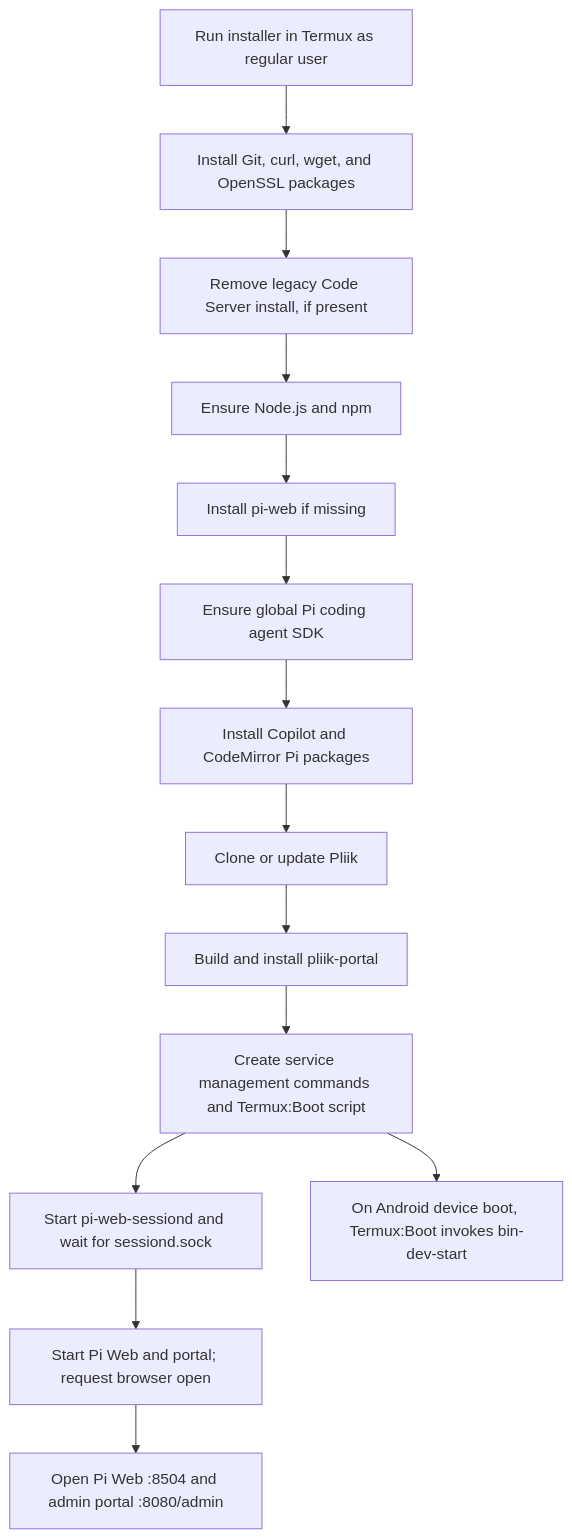
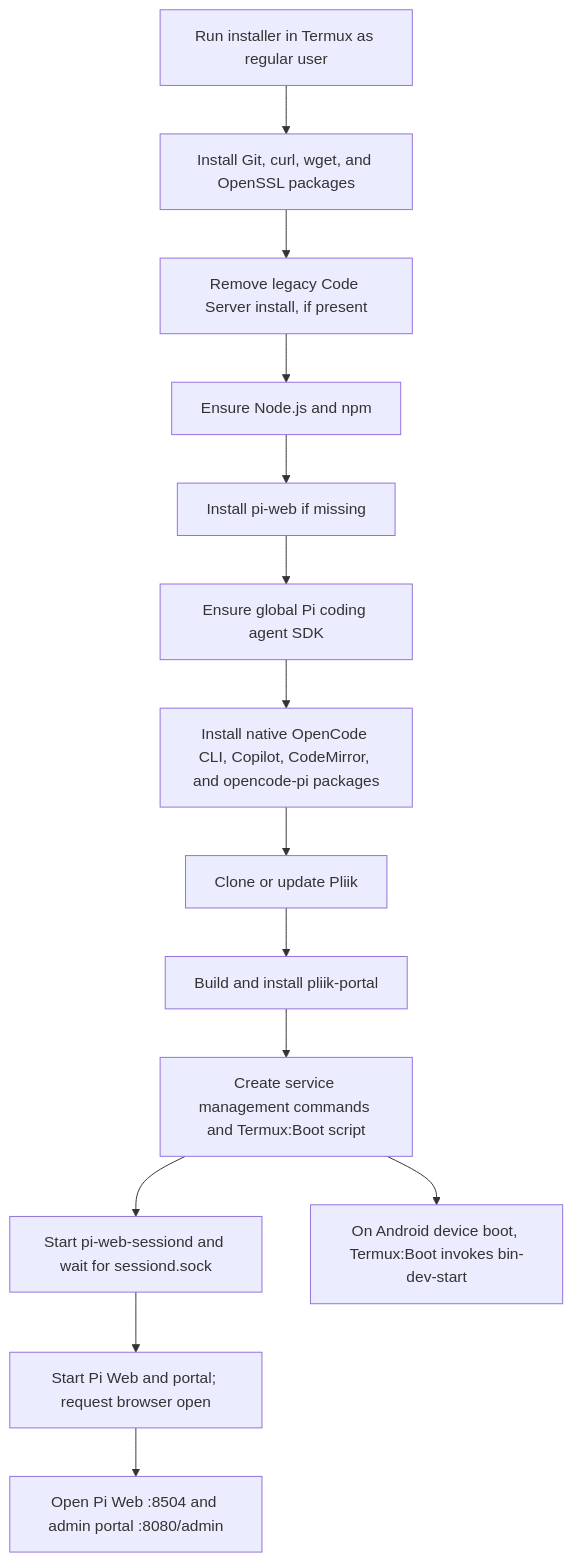
One commit to mutualendemic/pliik changed the second of 2 diagrams in ARCHITECTURE.md. Above: the diagram before and after it, drawn with Mermaid. The commit also changed other lines of this file and 2 other files, not shown here.

Commit message:
Install OpenCode Pi plugin and native OpenCode CLI

````diff
--- a/ARCHITECTURE.md
+++ b/ARCHITECTURE.md
@@ -55,20 +55,20 @@
 ```mermaid
 flowchart TD
     Start[Run installer in Termux as regular user]
     Base[Install Git, curl, wget, and OpenSSL packages]
     Runtime[Ensure Node.js and npm]
     PiWeb[Install pi-web if missing]
     SDK[Ensure global Pi coding agent SDK]
-    PluginPackages[Install Copilot and CodeMirror Pi packages]
+    PluginPackages[Install native OpenCode CLI, Copilot, CodeMirror, and opencode-pi packages]
     Checkout[Clone or update Pliik]
     LegacyCleanup[Remove legacy Code Server install, if present]
     BuildPortal[Build and install pliik-portal]
     Commands[Create service management commands and Termux:Boot script]
     Sessiond[Start pi-web-sessiond and wait for sessiond.sock]
     Server[Start Pi Web and portal; request browser open]
     Ready[Open Pi Web :8504 and admin portal :8080/admin]
     Boot[On Android device boot, Termux:Boot invokes bin-dev-start]
 
     Start --> Base --> LegacyCleanup --> Runtime --> PiWeb --> SDK --> PluginPackages --> Checkout --> BuildPortal --> Commands --> Sessiond --> Server --> Ready
     Commands --> Boot
 ```
````
